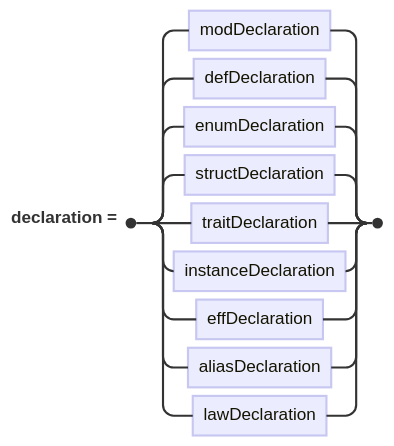
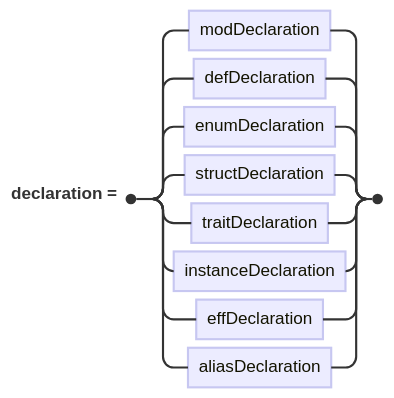
One commit to wstein/flix-antlr-grammar changed the second of 15 diagrams in docs/RAILROAD.md. Above: the diagram before and after it, drawn with Mermaid. The commit also changed other lines of this file and 25 other files, not shown here.

````diff
--- a/docs/RAILROAD.md
+++ b/docs/RAILROAD.md
@@ -20,12 +20,11 @@
 ```mermaid
 railroad-ebnf-beta
 declaration ::= modDeclaration
     | defDeclaration
     | enumDeclaration
     | structDeclaration
     | traitDeclaration
     | instanceDeclaration
     | effDeclaration
-    | aliasDeclaration
-    | lawDeclaration ;
+    | aliasDeclaration ;
 ```
````
